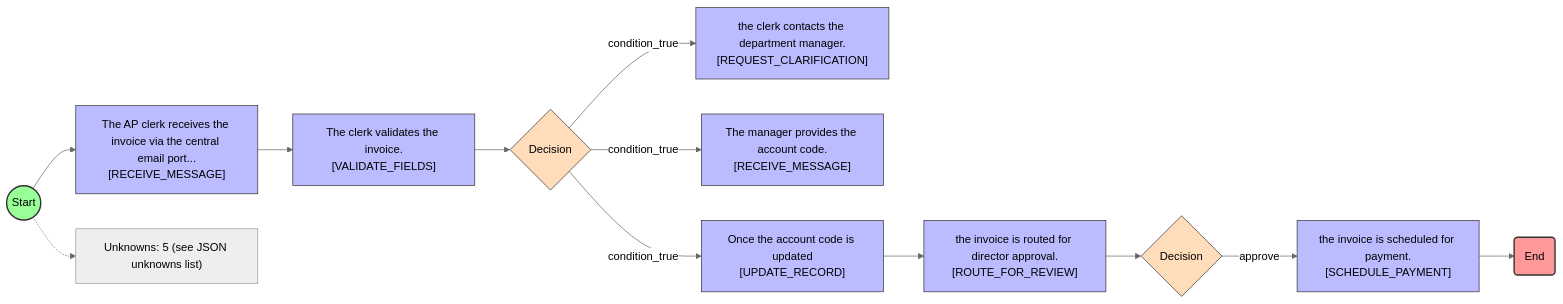
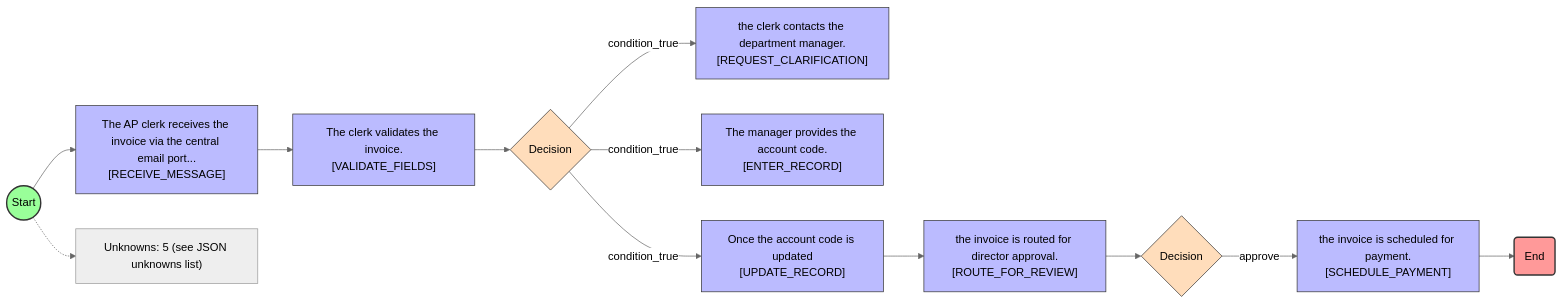
One commit to Trevmichi/process-extraction-kernel changed the diagram in outputs/ap_doc_004_auto.mmd. Above: the diagram before and after it, drawn with Mermaid (neutral theme). The commit also changed 35 other files, not shown here.

```diff
--- a/outputs/ap_doc_004_auto.mmd
+++ b/outputs/ap_doc_004_auto.mmd
@@ -1,35 +1,35 @@
 flowchart LR
   n1((Start))
   n2["The AP clerk receives the invoice via the central email port...\n[RECEIVE_MESSAGE]"]
   n3["The clerk validates the invoice.\n[VALIDATE_FIELDS]"]
   n4{"Decision\n<IF_CONDITION>"}
   n5["the clerk contacts the department manager.\n[REQUEST_CLARIFICATION]"]
-  n6["The manager provides the account code.\n[RECEIVE_MESSAGE]"]
+  n6["The manager provides the account code.\n[ENTER_RECORD]"]
   n7["Once the account code is updated\n[UPDATE_RECORD]"]
   n8["the invoice is routed for director approval.\n[ROUTE_FOR_REVIEW]"]
   n9{"Decision\n<APPROVE_OR_REJECT>"}
   n10["the invoice is scheduled for payment.\n[SCHEDULE_PAYMENT]"]
   n11(End)
   n1 --> n2
   n2 --> n3
   n3 --> n4
   n4 -->|condition_true| n5
   n4 -->|condition_true| n6
   n4 -->|condition_true| n7
   n7 --> n8
   n8 --> n9
   n9 -->|approve| n10
   n10 --> n11
   U_NOTE["Unknowns: 5 (see JSON unknowns list)"]
   n1 -.-> U_NOTE
   style n1 fill:#9f9,stroke:#333,stroke-width:2px
   style n2 fill:#bbf,stroke:#333,stroke-width:1px
   style n3 fill:#bbf,stroke:#333,stroke-width:1px
   style n4 fill:#fdb,stroke:#333,stroke-width:1px
   style n5 fill:#bbf,stroke:#333,stroke-width:1px
   style n6 fill:#bbf,stroke:#333,stroke-width:1px
   style n7 fill:#bbf,stroke:#333,stroke-width:1px
   style n8 fill:#bbf,stroke:#333,stroke-width:1px
   style n9 fill:#fdb,stroke:#333,stroke-width:1px
   style n10 fill:#bbf,stroke:#333,stroke-width:1px
   style n11 fill:#f99,stroke:#333,stroke-width:2px
```
